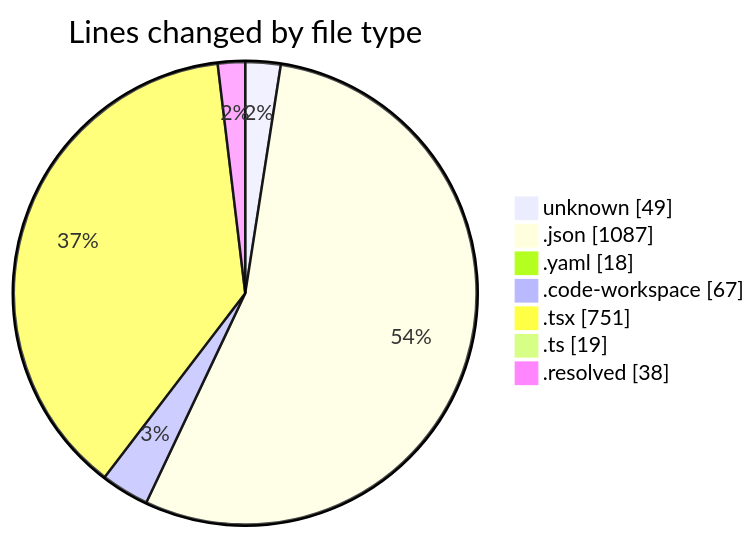
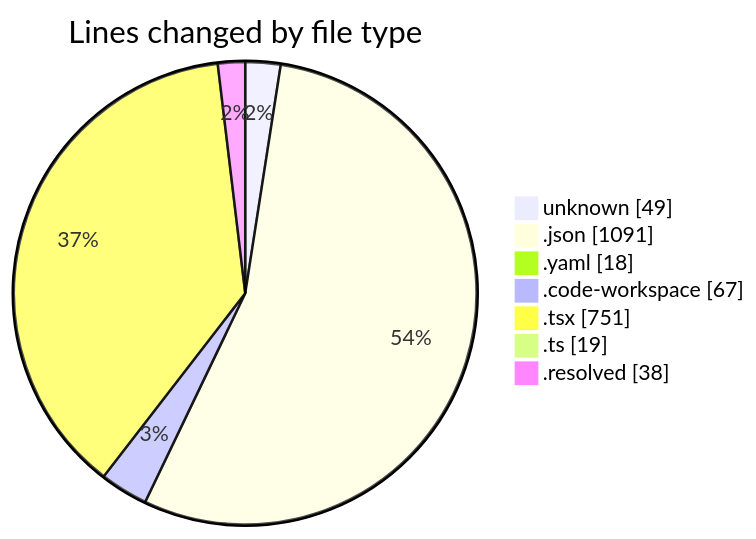
The first of 2 diagrams in 2026-03-04/shadcn-admin-kit-main__workspace_/README.md (jadenblack/code-tracking), drawn with Mermaid before and after one commit. The commit also changed other lines of this file and 1 other file, not shown here.

````diff
--- a/2026-03-04/shadcn-admin-kit-main__workspace_/README.md
+++ b/2026-03-04/shadcn-admin-kit-main__workspace_/README.md
@@ -51,11 +51,11 @@
 ```mermaid
 pie showData
 title Lines changed by file type
 "unknown" : 49
-".json" : 1087
+".json" : 1091
 ".yaml" : 18
 ".code-workspace" : 67
 ".tsx" : 751
 ".ts" : 19
 ".resolved" : 38
 ```
````
